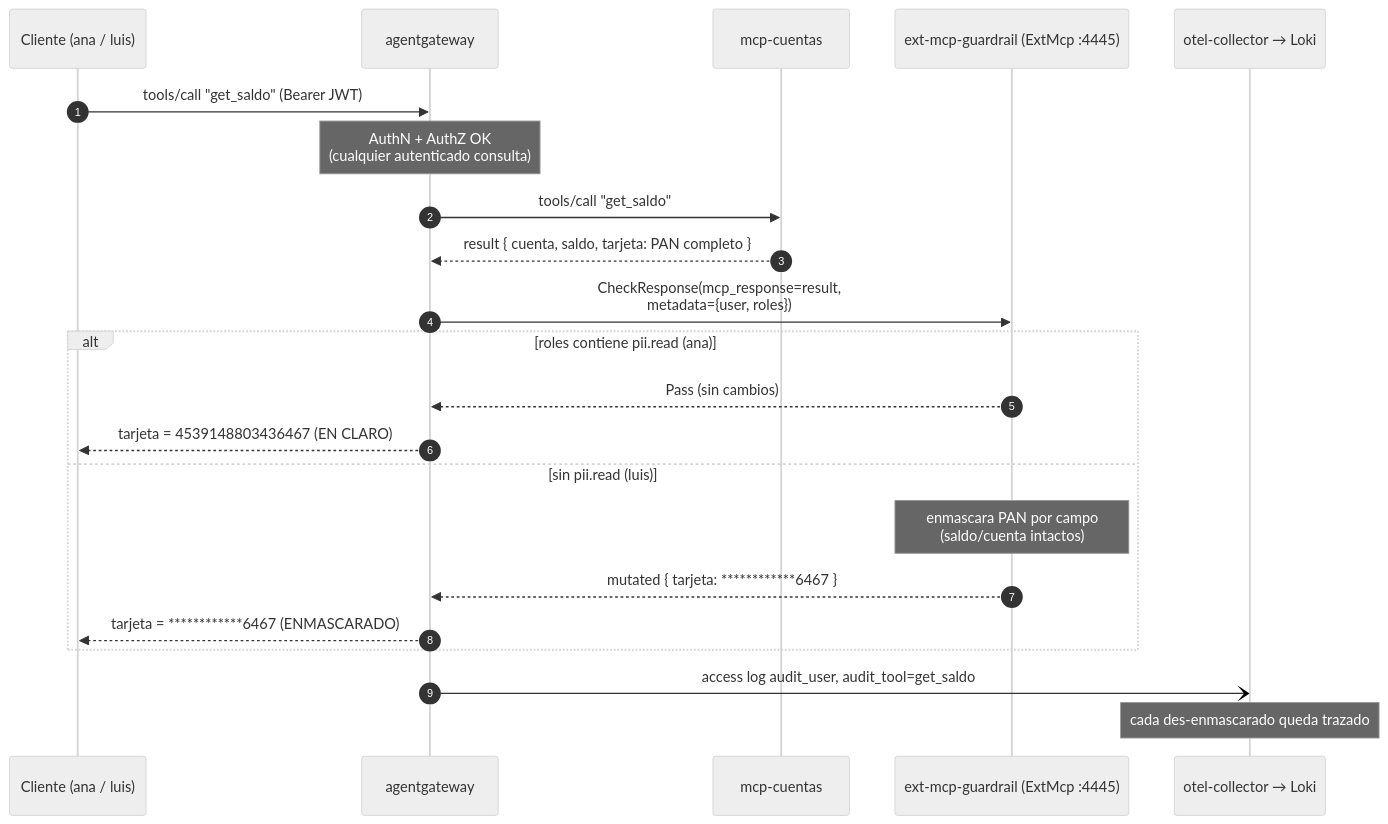
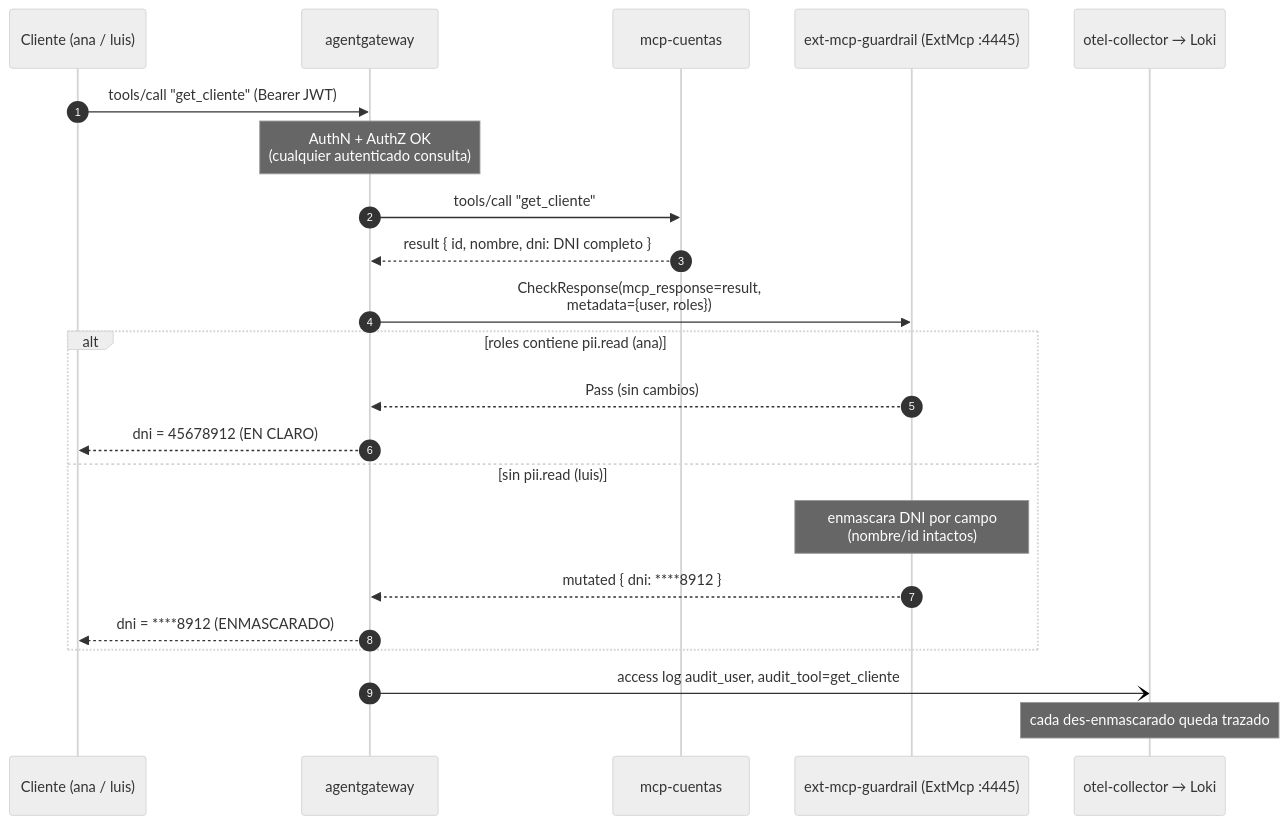
One commit to mzegarras/mcpgateway changed the third of 3 diagrams in DEMO-DIAGRAMS.md. Above: the diagram before and after it, drawn with Mermaid (neutral theme). The commit also changed other lines of this file and 4 other files, not shown here.

````diff
--- a/DEMO-DIAGRAMS.md
+++ b/DEMO-DIAGRAMS.md
@@ -86,25 +86,25 @@
 ```mermaid
 sequenceDiagram
     autonumber
     participant C as Cliente (ana / luis)
     participant G as agentgateway
     participant M as mcp-cuentas
     participant X as ext-mcp-guardrail (ExtMcp :4445)
     participant O as otel-collector → Loki
 
-    C->>G: tools/call "get_saldo" (Bearer JWT)
+    C->>G: tools/call "get_cliente" (Bearer JWT)
     Note over G: AuthN + AuthZ OK<br/>(cualquier autenticado consulta)
-    G->>M: tools/call "get_saldo"
-    M-->>G: result { cuenta, saldo, tarjeta: PAN completo }
+    G->>M: tools/call "get_cliente"
+    M-->>G: result { id, nombre, dni: DNI completo }
     G->>X: CheckResponse(mcp_response=result,<br/>metadata={user, roles})
     alt roles contiene pii.read (ana)
         X-->>G: Pass (sin cambios)
-        G-->>C: tarjeta = 4539148803436467  (EN CLARO)
+        G-->>C: dni = 45678912  (EN CLARO)
     else sin pii.read (luis)
-        Note over X: enmascara PAN por campo<br/>(saldo/cuenta intactos)
-        X-->>G: mutated { tarjeta: ************6467 }
-        G-->>C: tarjeta = ************6467  (ENMASCARADO)
+        Note over X: enmascara DNI por campo<br/>(nombre/id intactos)
+        X-->>G: mutated { dni: ****8912 }
+        G-->>C: dni = ****8912  (ENMASCARADO)
     end
-    G-)O: access log audit_user, audit_tool=get_saldo
+    G-)O: access log audit_user, audit_tool=get_cliente
     Note over O: cada des-enmascarado queda trazado
 ```
````
